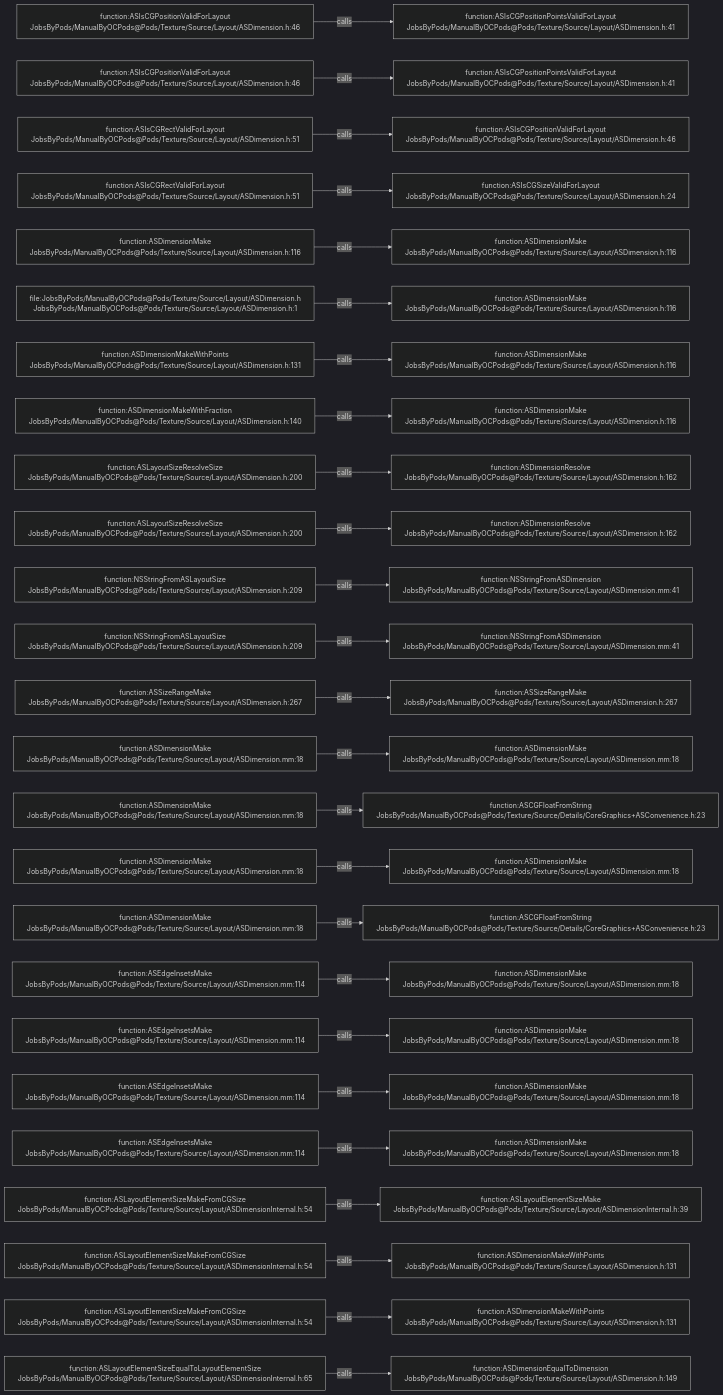
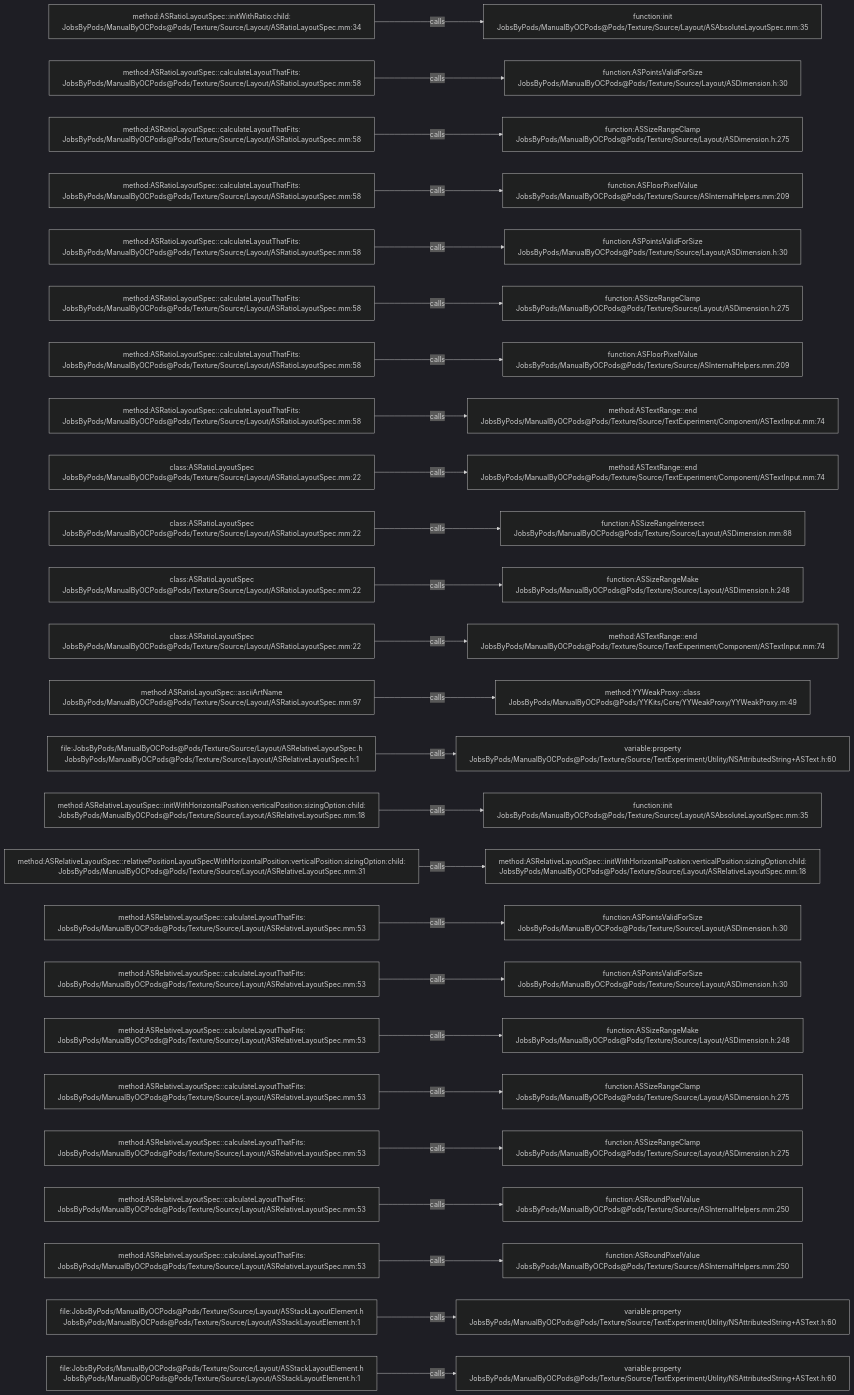
Before and after one commit to JobsKits/JobsOCBaseConfigDemo: the diagram in .codegraph/codegraph.md/graphs/calls-174.md, drawn with Mermaid (dark theme). The commit also changed 1448 other files, not shown here.

````diff
--- a/.codegraph/codegraph.md/graphs/calls-174.md
+++ b/.codegraph/codegraph.md/graphs/calls-174.md
@@ -13,78 +13,78 @@
 ```mermaid
 flowchart LR
-  S1["function:ASIsCGPositionValidForLayout<br/>JobsByPods/ManualByOCPods@Pods/Texture/Source/Layout/ASDimension.h:46"]
-  T1["function:ASIsCGPositionPointsValidForLayout<br/>JobsByPods/ManualByOCPods@Pods/Texture/Source/Layout/ASDimension.h:41"]
+  S1["method:ASRatioLayoutSpec::initWithRatio:child:<br/>JobsByPods/ManualByOCPods@Pods/Texture/Source/Layout/ASRatioLayoutSpec.mm:34"]
+  T1["function:init<br/>JobsByPods/ManualByOCPods@Pods/Texture/Source/Layout/ASAbsoluteLayoutSpec.mm:35"]
   S1 -->|calls| T1
-  S2["function:ASIsCGPositionValidForLayout<br/>JobsByPods/ManualByOCPods@Pods/Texture/Source/Layout/ASDimension.h:46"]
-  T2["function:ASIsCGPositionPointsValidForLayout<br/>JobsByPods/ManualByOCPods@Pods/Texture/Source/Layout/ASDimension.h:41"]
+  S2["method:ASRatioLayoutSpec::calculateLayoutThatFits:<br/>JobsByPods/ManualByOCPods@Pods/Texture/Source/Layout/ASRatioLayoutSpec.mm:58"]
+  T2["function:ASPointsValidForSize<br/>JobsByPods/ManualByOCPods@Pods/Texture/Source/Layout/ASDimension.h:30"]
   S2 -->|calls| T2
-  S3["function:ASIsCGRectValidForLayout<br/>JobsByPods/ManualByOCPods@Pods/Texture/Source/Layout/ASDimension.h:51"]
-  T3["function:ASIsCGPositionValidForLayout<br/>JobsByPods/ManualByOCPods@Pods/Texture/Source/Layout/ASDimension.h:46"]
+  S3["method:ASRatioLayoutSpec::calculateLayoutThatFits:<br/>JobsByPods/ManualByOCPods@Pods/Texture/Source/Layout/ASRatioLayoutSpec.mm:58"]
+  T3["function:ASSizeRangeClamp<br/>JobsByPods/ManualByOCPods@Pods/Texture/Source/Layout/ASDimension.h:275"]
   S3 -->|calls| T3
-  S4["function:ASIsCGRectValidForLayout<br/>JobsByPods/ManualByOCPods@Pods/Texture/Source/Layout/ASDimension.h:51"]
-  T4["function:ASIsCGSizeValidForLayout<br/>JobsByPods/ManualByOCPods@Pods/Texture/Source/Layout/ASDimension.h:24"]
+  S4["method:ASRatioLayoutSpec::calculateLayoutThatFits:<br/>JobsByPods/ManualByOCPods@Pods/Texture/Source/Layout/ASRatioLayoutSpec.mm:58"]
+  T4["function:ASFloorPixelValue<br/>JobsByPods/ManualByOCPods@Pods/Texture/Source/ASInternalHelpers.mm:209"]
   S4 -->|calls| T4
-  S5["function:ASDimensionMake<br/>JobsByPods/ManualByOCPods@Pods/Texture/Source/Layout/ASDimension.h:116"]
-  T5["function:ASDimensionMake<br/>JobsByPods/ManualByOCPods@Pods/Texture/Source/Layout/ASDimension.h:116"]
+  S5["method:ASRatioLayoutSpec::calculateLayoutThatFits:<br/>JobsByPods/ManualByOCPods@Pods/Texture/Source/Layout/ASRatioLayoutSpec.mm:58"]
+  T5["function:ASPointsValidForSize<br/>JobsByPods/ManualByOCPods@Pods/Texture/Source/Layout/ASDimension.h:30"]
   S5 -->|calls| T5
-  S6["file:JobsByPods/ManualByOCPods@Pods/Texture/Source/Layout/ASDimension.h<br/>JobsByPods/ManualByOCPods@Pods/Texture/Source/Layout/ASDimension.h:1"]
-  T6["function:ASDimensionMake<br/>JobsByPods/ManualByOCPods@Pods/Texture/Source/Layout/ASDimension.h:116"]
+  S6["method:ASRatioLayoutSpec::calculateLayoutThatFits:<br/>JobsByPods/ManualByOCPods@Pods/Texture/Source/Layout/ASRatioLayoutSpec.mm:58"]
+  T6["function:ASSizeRangeClamp<br/>JobsByPods/ManualByOCPods@Pods/Texture/Source/Layout/ASDimension.h:275"]
   S6 -->|calls| T6
-  S7["function:ASDimensionMakeWithPoints<br/>JobsByPods/ManualByOCPods@Pods/Texture/Source/Layout/ASDimension.h:131"]
-  T7["function:ASDimensionMake<br/>JobsByPods/ManualByOCPods@Pods/Texture/Source/Layout/ASDimension.h:116"]
+  S7["method:ASRatioLayoutSpec::calculateLayoutThatFits:<br/>JobsByPods/ManualByOCPods@Pods/Texture/Source/Layout/ASRatioLayoutSpec.mm:58"]
+  T7["function:ASFloorPixelValue<br/>JobsByPods/ManualByOCPods@Pods/Texture/Source/ASInternalHelpers.mm:209"]
   S7 -->|calls| T7
-  S8["function:ASDimensionMakeWithFraction<br/>JobsByPods/ManualByOCPods@Pods/Texture/Source/Layout/ASDimension.h:140"]
-  T8["function:ASDimensionMake<br/>JobsByPods/ManualByOCPods@Pods/Texture/Source/Layout/ASDimension.h:116"]
+  S8["method:ASRatioLayoutSpec::calculateLayoutThatFits:<br/>JobsByPods/ManualByOCPods@Pods/Texture/Source/Layout/ASRatioLayoutSpec.mm:58"]
+  T8["method:ASTextRange::end<br/>JobsByPods/ManualByOCPods@Pods/Texture/Source/TextExperiment/Component/ASTextInput.mm:74"]
   S8 -->|calls| T8
-  S9["function:ASLayoutSizeResolveSize<br/>JobsByPods/ManualByOCPods@Pods/Texture/Source/Layout/ASDimension.h:200"]
-  T9["function:ASDimensionResolve<br/>JobsByPods/ManualByOCPods@Pods/Texture/Source/Layout/ASDimension.h:162"]
+  S9["class:ASRatioLayoutSpec<br/>JobsByPods/ManualByOCPods@Pods/Texture/Source/Layout/ASRatioLayoutSpec.mm:22"]
+  T9["method:ASTextRange::end<br/>JobsByPods/ManualByOCPods@Pods/Texture/Source/TextExperiment/Component/ASTextInput.mm:74"]
   S9 -->|calls| T9
-  S10["function:ASLayoutSizeResolveSize<br/>JobsByPods/ManualByOCPods@Pods/Texture/Source/Layout/ASDimension.h:200"]
-  T10["function:ASDimensionResolve<br/>JobsByPods/ManualByOCPods@Pods/Texture/Source/Layout/ASDimension.h:162"]
+  S10["class:ASRatioLayoutSpec<br/>JobsByPods/ManualByOCPods@Pods/Texture/Source/Layout/ASRatioLayoutSpec.mm:22"]
+  T10["function:ASSizeRangeIntersect<br/>JobsByPods/ManualByOCPods@Pods/Texture/Source/Layout/ASDimension.mm:88"]
   S10 -->|calls| T10
-  S11["function:NSStringFromASLayoutSize<br/>JobsByPods/ManualByOCPods@Pods/Texture/Source/Layout/ASDimension.h:209"]
-  T11["function:NSStringFromASDimension<br/>JobsByPods/ManualByOCPods@Pods/Texture/Source/Layout/ASDimension.mm:41"]
+  S11["class:ASRatioLayoutSpec<br/>JobsByPods/ManualByOCPods@Pods/Texture/Source/Layout/ASRatioLayoutSpec.mm:22"]
+  T11["function:ASSizeRangeMake<br/>JobsByPods/ManualByOCPods@Pods/Texture/Source/Layout/ASDimension.h:248"]
   S11 -->|calls| T11
-  S12["function:NSStringFromASLayoutSize<br/>JobsByPods/ManualByOCPods@Pods/Texture/Source/Layout/ASDimension.h:209"]
-  T12["function:NSStringFromASDimension<br/>JobsByPods/ManualByOCPods@Pods/Texture/Source/Layout/ASDimension.mm:41"]
+  S12["class:ASRatioLayoutSpec<br/>JobsByPods/ManualByOCPods@Pods/Texture/Source/Layout/ASRatioLayoutSpec.mm:22"]
+  T12["method:ASTextRange::end<br/>JobsByPods/ManualByOCPods@Pods/Texture/Source/TextExperiment/Component/ASTextInput.mm:74"]
   S12 -->|calls| T12
-  S13["function:ASSizeRangeMake<br/>JobsByPods/ManualByOCPods@Pods/Texture/Source/Layout/ASDimension.h:267"]
-  T13["function:ASSizeRangeMake<br/>JobsByPods/ManualByOCPods@Pods/Texture/Source/Layout/ASDimension.h:267"]
+  S13["method:ASRatioLayoutSpec::asciiArtName<br/>JobsByPods/ManualByOCPods@Pods/Texture/Source/Layout/ASRatioLayoutSpec.mm:97"]
+  T13["method:YYWeakProxy::class<br/>JobsByPods/ManualByOCPods@Pods/YYKits/Core/YYWeakProxy/YYWeakProxy.m:49"]
   S13 -->|calls| T13
-  S14["function:ASDimensionMake<br/>JobsByPods/ManualByOCPods@Pods/Texture/Source/Layout/ASDimension.mm:18"]
-  T14["function:ASDimensionMake<br/>JobsByPods/ManualByOCPods@Pods/Texture/Source/Layout/ASDimension.mm:18"]
+  S14["file:JobsByPods/ManualByOCPods@Pods/Texture/Source/Layout/ASRelativeLayoutSpec.h<br/>JobsByPods/ManualByOCPods@Pods/Texture/Source/Layout/ASRelativeLayoutSpec.h:1"]
+  T14["variable:property<br/>JobsByPods/ManualByOCPods@Pods/Texture/Source/TextExperiment/Utility/NSAttributedString+ASText.h:60"]
   S14 -->|calls| T14
-  S15["function:ASDimensionMake<br/>JobsByPods/ManualByOCPods@Pods/Texture/Source/Layout/ASDimension.mm:18"]
-  T15["function:ASCGFloatFromString<br/>JobsByPods/ManualByOCPods@Pods/Texture/Source/Details/CoreGraphics+ASConvenience.h:23"]
+  S15["method:ASRelativeLayoutSpec::initWithHorizontalPosition:verticalPosition:sizingOption:child:<br/>JobsByPods/ManualByOCPods@Pods/Texture/Source/Layout/ASRelativeLayoutSpec.mm:18"]
+  T15["function:init<br/>JobsByPods/ManualByOCPods@Pods/Texture/Source/Layout/ASAbsoluteLayoutSpec.mm:35"]
   S15 -->|calls| T15
-  S16["function:ASDimensionMake<br/>JobsByPods/ManualByOCPods@Pods/Texture/Source/Layout/ASDimension.mm:18"]
-  T16["function:ASDimensionMake<br/>JobsByPods/ManualByOCPods@Pods/Texture/Source/Layout/ASDimension.mm:18"]
+  S16["method:ASRelativeLayoutSpec::relativePositionLayoutSpecWithHorizontalPosition:verticalPosition:sizingOption:child:<br/>JobsByPods/ManualByOCPods@Pods/Texture/Source/Layout/ASRelativeLayoutSpec.mm:31"]
+  T16["method:ASRelativeLayoutSpec::initWithHorizontalPosition:verticalPosition:sizingOption:child:<br/>JobsByPods/ManualByOCPods@Pods/Texture/Source/Layout/ASRelativeLayoutSpec.mm:18"]
   S16 -->|calls| T16
-  S17["function:ASDimensionMake<br/>JobsByPods/ManualByOCPods@Pods/Texture/Source/Layout/ASDimension.mm:18"]
-  T17["function:ASCGFloatFromString<br/>JobsByPods/ManualByOCPods@Pods/Texture/Source/Details/CoreGraphics+ASConvenience.h:23"]
+  S17["method:ASRelativeLayoutSpec::calculateLayoutThatFits:<br/>JobsByPods/ManualByOCPods@Pods/Texture/Source/Layout/ASRelativeLayoutSpec.mm:53"]
+  T17["function:ASPointsValidForSize<br/>JobsByPods/ManualByOCPods@Pods/Texture/Source/Layout/ASDimension.h:30"]
   S17 -->|calls| T17
-  S18["function:ASEdgeInsetsMake<br/>JobsByPods/ManualByOCPods@Pods/Texture/Source/Layout/ASDimension.mm:114"]
-  T18["function:ASDimensionMake<br/>JobsByPods/ManualByOCPods@Pods/Texture/Source/Layout/ASDimension.mm:18"]
+  S18["method:ASRelativeLayoutSpec::calculateLayoutThatFits:<br/>JobsByPods/ManualByOCPods@Pods/Texture/Source/Layout/ASRelativeLayoutSpec.mm:53"]
+  T18["function:ASPointsValidForSize<br/>JobsByPods/ManualByOCPods@Pods/Texture/Source/Layout/ASDimension.h:30"]
   S18 -->|calls| T18
-  S19["function:ASEdgeInsetsMake<br/>JobsByPods/ManualByOCPods@Pods/Texture/Source/Layout/ASDimension.mm:114"]
-  T19["function:ASDimensionMake<br/>JobsByPods/ManualByOCPods@Pods/Texture/Source/Layout/ASDimension.mm:18"]
+  S19["method:ASRelativeLayoutSpec::calculateLayoutThatFits:<br/>JobsByPods/ManualByOCPods@Pods/Texture/Source/Layout/ASRelativeLayoutSpec.mm:53"]
+  T19["function:ASSizeRangeMake<br/>JobsByPods/ManualByOCPods@Pods/Texture/Source/Layout/ASDimension.h:248"]
   S19 -->|calls| T19
-  S20["function:ASEdgeInsetsMake<br/>JobsByPods/ManualByOCPods@Pods/Texture/Source/Layout/ASDimension.mm:114"]
-  T20["function:ASDimensionMake<br/>JobsByPods/ManualByOCPods@Pods/Texture/Source/Layout/ASDimension.mm:18"]
+  S20["method:ASRelativeLayoutSpec::calculateLayoutThatFits:<br/>JobsByPods/ManualByOCPods@Pods/Texture/Source/Layout/ASRelativeLayoutSpec.mm:53"]
+  T20["function:ASSizeRangeClamp<br/>JobsByPods/ManualByOCPods@Pods/Texture/Source/Layout/ASDimension.h:275"]
   S20 -->|calls| T20
-  S21["function:ASEdgeInsetsMake<br/>JobsByPods/ManualByOCPods@Pods/Texture/Source/Layout/ASDimension.mm:114"]
-  T21["function:ASDimensionMake<br/>JobsByPods/ManualByOCPods@Pods/Texture/Source/Layout/ASDimension.mm:18"]
+  S21["method:ASRelativeLayoutSpec::calculateLayoutThatFits:<br/>JobsByPods/ManualByOCPods@Pods/Texture/Source/Layout/ASRelativeLayoutSpec.mm:53"]
+  T21["function:ASSizeRangeClamp<br/>JobsByPods/ManualByOCPods@Pods/Texture/Source/Layout/ASDimension.h:275"]
   S21 -->|calls| T21
-  S22["function:ASLayoutElementSizeMakeFromCGSize<br/>JobsByPods/ManualByOCPods@Pods/Texture/Source/Layout/ASDimensionInternal.h:54"]
-  T22["function:ASLayoutElementSizeMake<br/>JobsByPods/ManualByOCPods@Pods/Texture/Source/Layout/ASDimensionInternal.h:39"]
+  S22["method:ASRelativeLayoutSpec::calculateLayoutThatFits:<br/>JobsByPods/ManualByOCPods@Pods/Texture/Source/Layout/ASRelativeLayoutSpec.mm:53"]
+  T22["function:ASRoundPixelValue<br/>JobsByPods/ManualByOCPods@Pods/Texture/Source/ASInternalHelpers.mm:250"]
   S22 -->|calls| T22
-  S23["function:ASLayoutElementSizeMakeFromCGSize<br/>JobsByPods/ManualByOCPods@Pods/Texture/Source/Layout/ASDimensionInternal.h:54"]
-  T23["function:ASDimensionMakeWithPoints<br/>JobsByPods/ManualByOCPods@Pods/Texture/Source/Layout/ASDimension.h:131"]
+  S23["method:ASRelativeLayoutSpec::calculateLayoutThatFits:<br/>JobsByPods/ManualByOCPods@Pods/Texture/Source/Layout/ASRelativeLayoutSpec.mm:53"]
+  T23["function:ASRoundPixelValue<br/>JobsByPods/ManualByOCPods@Pods/Texture/Source/ASInternalHelpers.mm:250"]
   S23 -->|calls| T23
-  S24["function:ASLayoutElementSizeMakeFromCGSize<br/>JobsByPods/ManualByOCPods@Pods/Texture/Source/Layout/ASDimensionInternal.h:54"]
-  T24["function:ASDimensionMakeWithPoints<br/>JobsByPods/ManualByOCPods@Pods/Texture/Source/Layout/ASDimension.h:131"]
+  S24["file:JobsByPods/ManualByOCPods@Pods/Texture/Source/Layout/ASStackLayoutElement.h<br/>JobsByPods/ManualByOCPods@Pods/Texture/Source/Layout/ASStackLayoutElement.h:1"]
+  T24["variable:property<br/>JobsByPods/ManualByOCPods@Pods/Texture/Source/TextExperiment/Utility/NSAttributedString+ASText.h:60"]
   S24 -->|calls| T24
-  S25["function:ASLayoutElementSizeEqualToLayoutElementSize<br/>JobsByPods/ManualByOCPods@Pods/Texture/Source/Layout/ASDimensionInternal.h:65"]
-  T25["function:ASDimensionEqualToDimension<br/>JobsByPods/ManualByOCPods@Pods/Texture/Source/Layout/ASDimension.h:149"]
+  S25["file:JobsByPods/ManualByOCPods@Pods/Texture/Source/Layout/ASStackLayoutElement.h<br/>JobsByPods/ManualByOCPods@Pods/Texture/Source/Layout/ASStackLayoutElement.h:1"]
+  T25["variable:property<br/>JobsByPods/ManualByOCPods@Pods/Texture/Source/TextExperiment/Utility/NSAttributedString+ASText.h:60"]
   S25 -->|calls| T25
 ```
````
